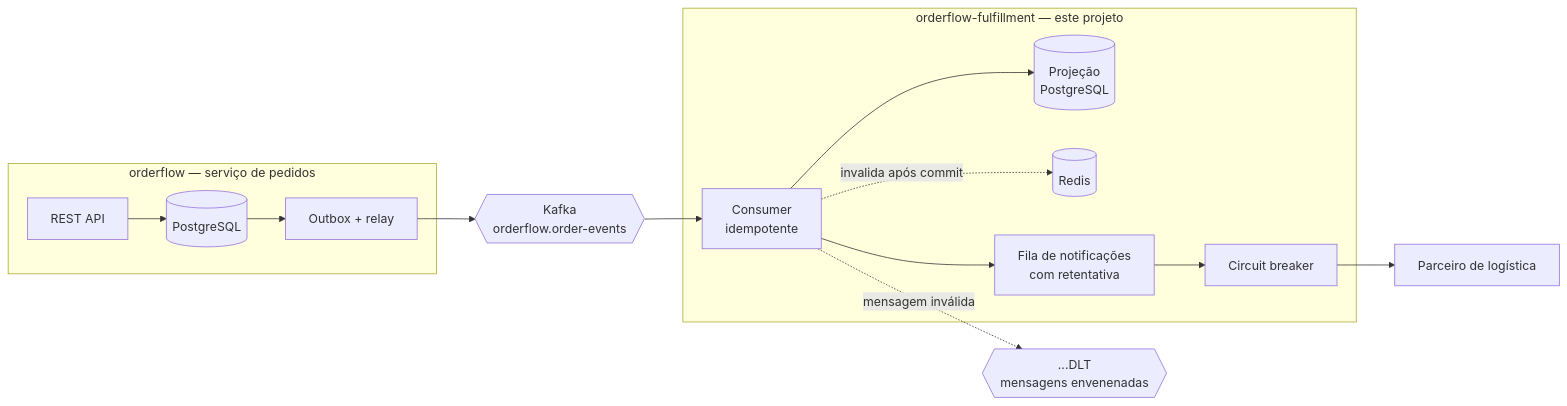
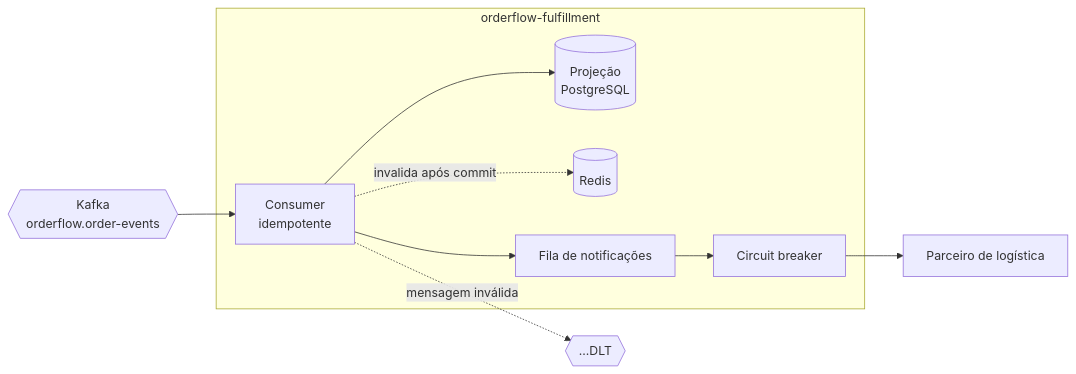
One commit to BrunoBergamin/orderflow-fulfillment changed the diagram in README.md. Above: the diagram before and after it, drawn with Mermaid. The commit also changed other lines of this file, not shown here.

````diff
--- a/README.md
+++ b/README.md
@@ -41,28 +104,21 @@
 ```mermaid
 flowchart LR
-    subgraph produtor["orderflow — serviço de pedidos"]
-        API["REST API"]
-        DB1[("PostgreSQL")]
-        OUT["Outbox + relay"]
-    end
+    K{{"Kafka<br/>orderflow.order-events"}}
+    DLQ{{"...DLT"}}
 
-    K{{"Kafka<br/>orderflow.order-events"}}
-    DLQ{{"...DLT<br/>mensagens envenenadas"}}
-
-    subgraph consumidor["orderflow-fulfillment — este projeto"]
+    subgraph consumidor["orderflow-fulfillment"]
         C["Consumer<br/>idempotente"]
         PROJ[("Projeção<br/>PostgreSQL")]
         CACHE[("Redis")]
-        FILA["Fila de notificações<br/>com retentativa"]
+        FILA["Fila de notificações"]
         CB["Circuit breaker"]
     end
 
     PARC["Parceiro de logística"]
 
-    API --> DB1 --> OUT --> K
     K --> C
     C -.mensagem inválida.-> DLQ
     C --> PROJ
     C -.invalida após commit.-> CACHE
     C --> FILA --> CB --> PARC
 ```
````
